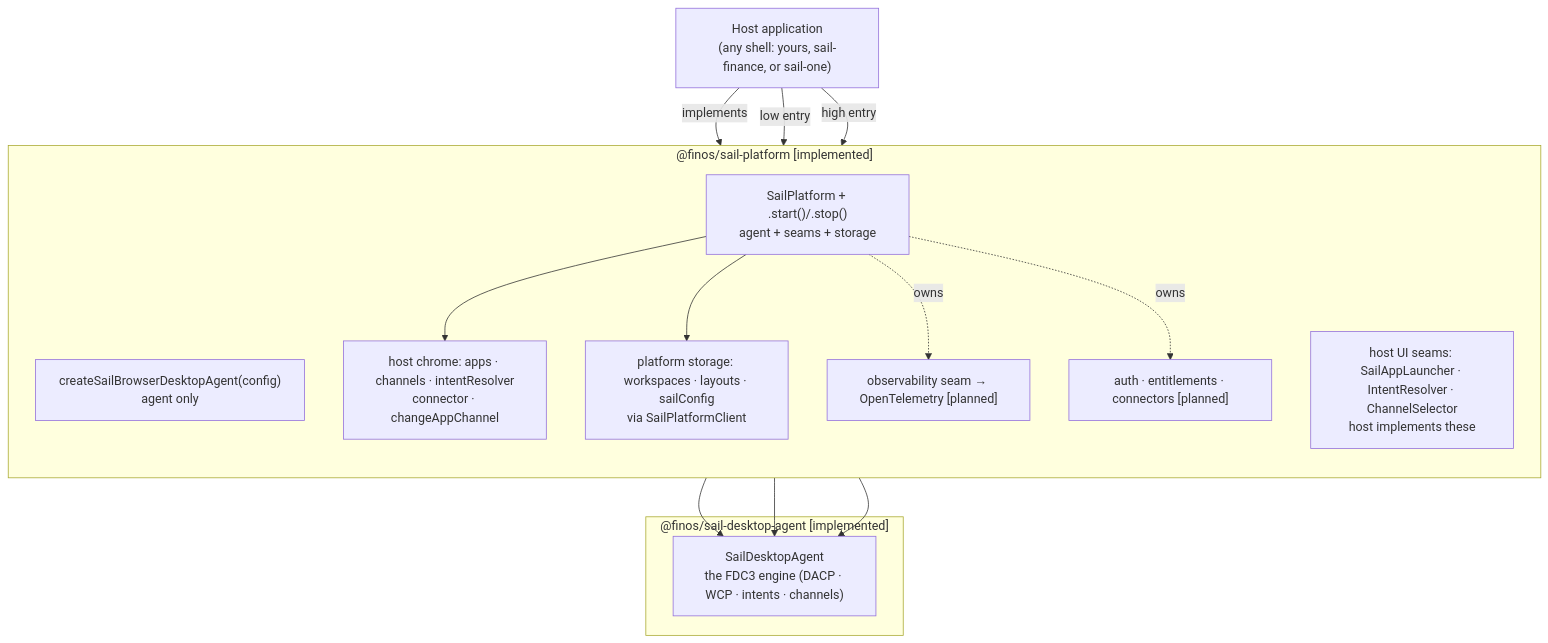
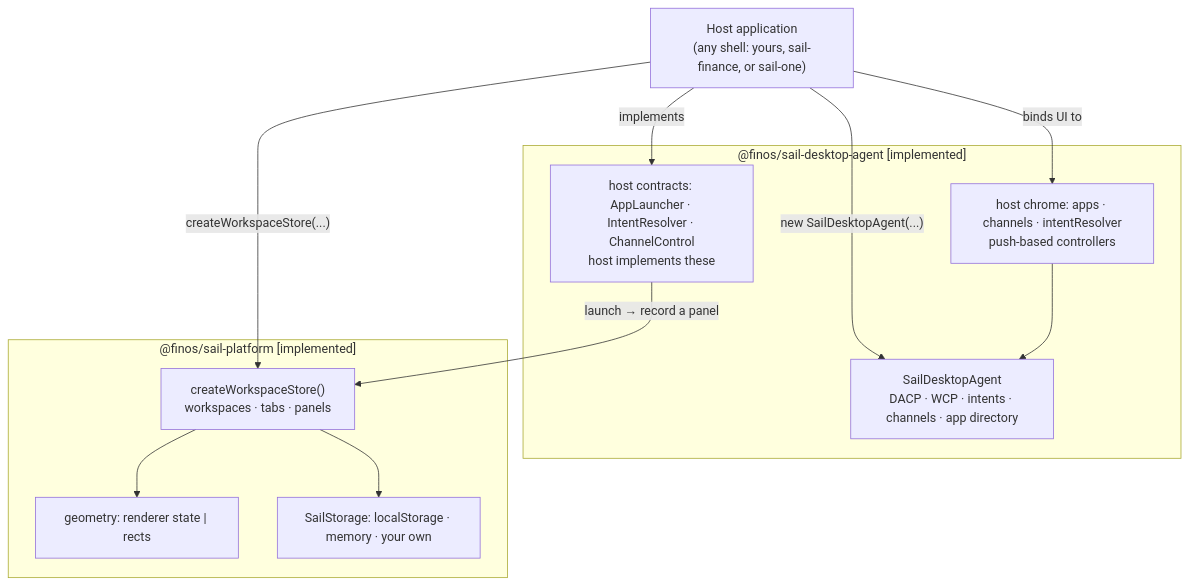
One commit to SeeWhatsOn/FDC3-Sail changed the first of 2 diagrams in website/docs/architecture/overview.md. Above: the diagram before and after it, drawn with Mermaid. The commit also changed other lines of this file and 26 other files, not shown here.

First line of the commit message:
refactor: update documentation and plans following the removal of SailPlatform

````diff
--- a/website/docs/architecture/overview.md
+++ b/website/docs/architecture/overview.md
@@ -101,30 +106,25 @@
 ```mermaid
 flowchart TB
   HOST["Host application<br/>(any shell: yours, sail-finance, or sail-one)"]
 
-  subgraph PLAT["@finos/sail-platform [implemented]"]
-    direction TB
-    CE["createSailBrowserDesktopAgent(config)<br/>agent only"]
-    SP["SailPlatform + .start()/.stop()<br/>agent + seams + storage"]
-    CHROME["host chrome: apps · channels · intentResolver<br/>connector · changeAppChannel"]
-    STORE["platform storage: workspaces · layouts · sailConfig<br/>via SailPlatformClient"]
-    SEAMS["host UI seams: SailAppLauncher · IntentResolver · ChannelSelector<br/>host implements these"]
-    OBS["observability seam → OpenTelemetry [planned]"]
-    SVC["auth · entitlements · connectors [planned]"]
+  subgraph AGENT["@finos/sail-desktop-agent [implemented]"]
+    SDA["SailDesktopAgent<br/>DACP · WCP · intents · channels · app directory"]
+    CHROME["host chrome: apps · channels · intentResolver<br/>push-based controllers"]
+    SEAMS["host contracts: AppLauncher · IntentResolver · ChannelControl<br/>host implements these"]
   end
 
-  subgraph AGENT["@finos/sail-desktop-agent [implemented]"]
-    SDA["SailDesktopAgent<br/>the FDC3 engine (DACP · WCP · intents · channels)"]
+  subgraph PLAT["@finos/sail-platform [implemented]"]
+    WS["createWorkspaceStore()<br/>workspaces · tabs · panels"]
+    GEO["geometry: renderer state | rects"]
+    ST["SailStorage: localStorage · memory · your own"]
   end
 
   HOST -->|"implements"| SEAMS
-  HOST -->|"low entry"| CE
-  HOST -->|"high entry"| SP
-  CE --> SDA
-  SP --> SDA
-  SP --> CHROME
-  SP --> STORE
-  SP -.owns.-> OBS
-  SP -.owns.-> SVC
+  HOST -->|"new SailDesktopAgent(...)"| SDA
+  HOST -->|"createWorkspaceStore(...)"| WS
+  HOST -->|"binds UI to"| CHROME
+  SEAMS -->|"launch → record a panel"| WS
   CHROME --> SDA
+  WS --> GEO
+  WS --> ST
 ```
````
